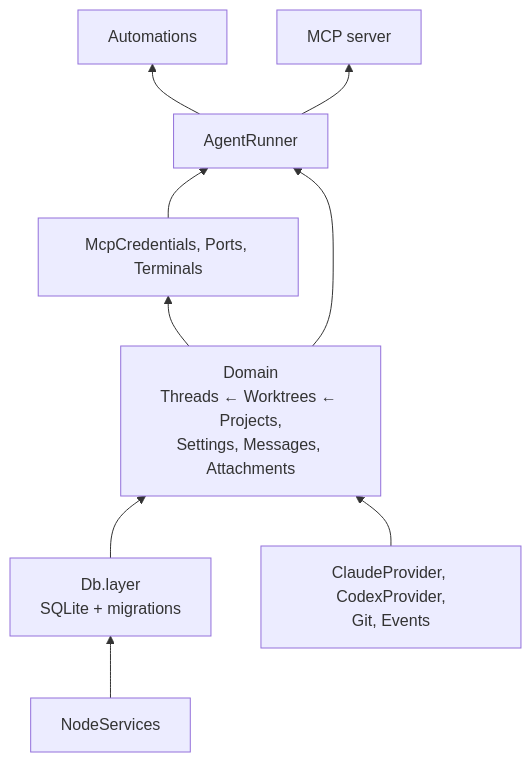
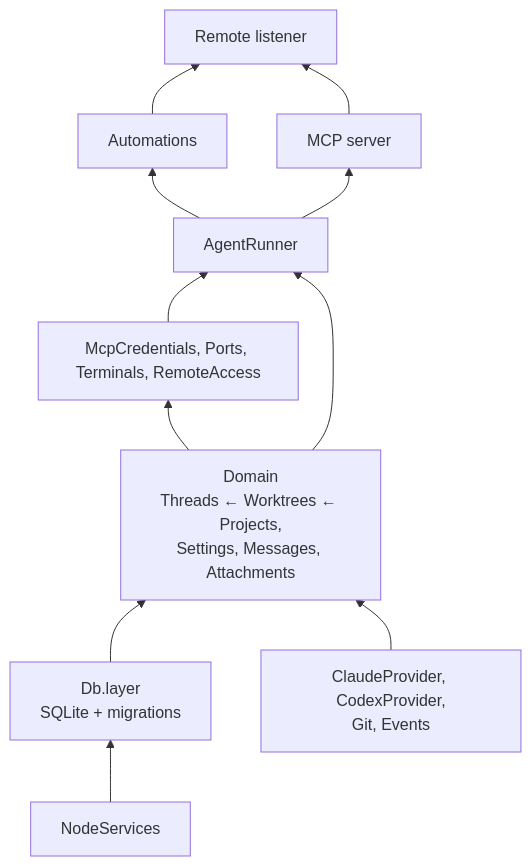
Before and after one commit to hinadev-ai/hinacode: the third of 15 diagrams in docs/arch.md, drawn with Mermaid. The commit also changed other lines of this file and 5 other files, not shown here.

````diff
--- a/docs/arch.md
+++ b/docs/arch.md
@@ -72,18 +77,20 @@
 ```mermaid
 flowchart BT
   node["NodeServices"]
   db["Db.layer<br/>SQLite + migrations"]
   infra["ClaudeProvider, CodexProvider,<br/>Git, Events"]
   domain["Domain<br/>Threads ← Worktrees ← Projects,<br/>Settings, Messages, Attachments"]
-  features["McpCredentials, Ports, Terminals"]
+  features["McpCredentials, Ports, Terminals, RemoteAccess"]
   runner["AgentRunner"]
   autos["Automations"]
   mcp["MCP server"]
+  remote["Remote listener"]
 
   node --> db --> domain
   infra --> domain
   domain --> features --> runner
   domain --> runner
   runner --> autos
   runner --> mcp
+  autos & mcp --> remote
 ```
````
